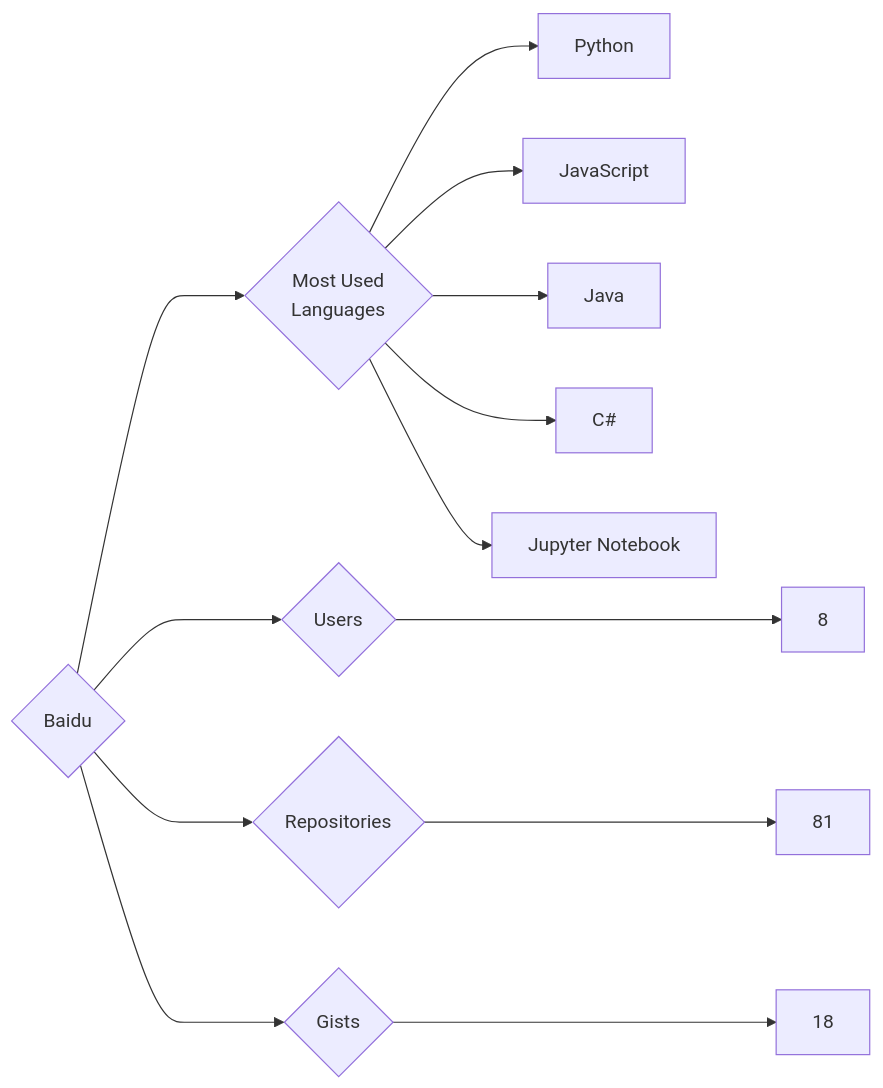
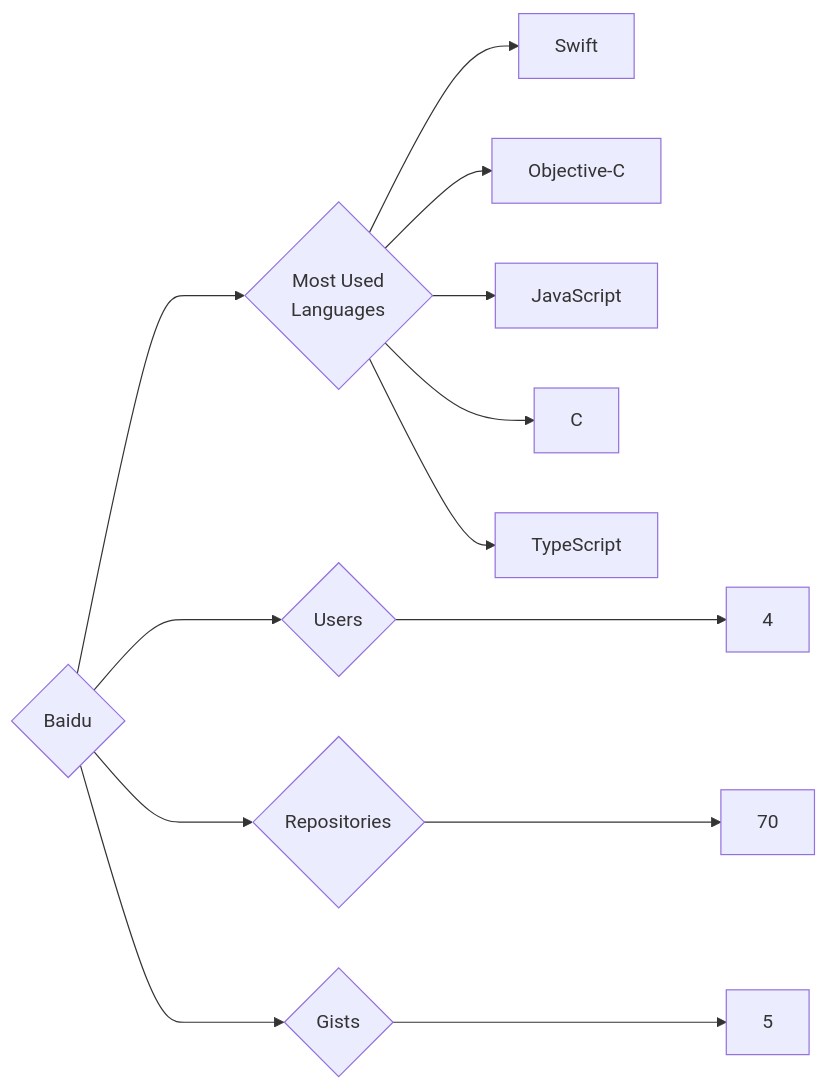
Before and after one commit to trickest/insiders: the diagram in targets/Baidu/README.md, drawn with Mermaid. The commit also changed 938 other files, not shown here.

````diff
--- a/targets/Baidu/README.md
+++ b/targets/Baidu/README.md
@@ -3,13 +3,13 @@
 ```mermaid
 graph LR
 COMPANY_NAME{Baidu}
-COMPANY_NAME ---> U{Users} ---> UN[8]
-COMPANY_NAME ---> R{Repositories} ---> RN[81]
-COMPANY_NAME ---> G{Gists} ---> GN[18]
+COMPANY_NAME ---> U{Users} ---> UN[4]
+COMPANY_NAME ---> R{Repositories} ---> RN[70]
+COMPANY_NAME ---> G{Gists} ---> GN[5]
 COMPANY_NAME ---> ML{Most Used<br>Languages}
-ML --> Python[Python]
+ML --> Swift[Swift]
+ML --> Objective-C[Objective-C]
 ML --> JavaScript[JavaScript]
-ML --> Java[Java]
-ML --> C#[C#]
-ML --> Jupyter_Notebook[Jupyter Notebook]
+ML --> C[C]
+ML --> TypeScript[TypeScript]
 ```
````
